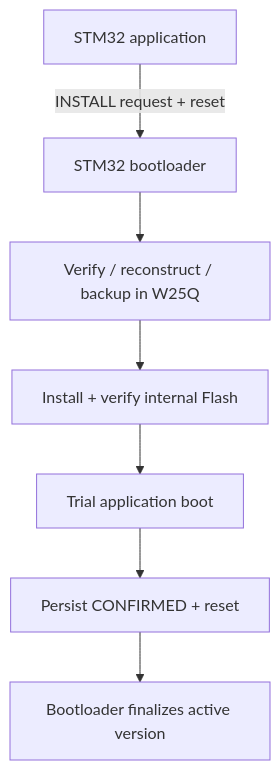
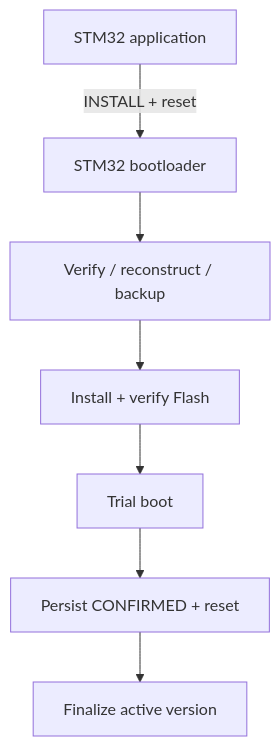
The second of 8 diagrams in README.md (haikevins/secure-delta-ota-bootloader), drawn with Mermaid before and after one commit. The commit also changed other lines of this file and 11 other files, not shown here.

````diff
--- a/README.md
+++ b/README.md
@@ -64,9 +64,9 @@
 ```mermaid
 flowchart TB
-    APP["STM32 application"] -->|"INSTALL request + reset"| BL["STM32 bootloader"]
-    BL --> WORK["Verify / reconstruct / backup in W25Q"]
-    WORK --> INSTALL["Install + verify internal Flash"]
-    INSTALL --> TRIAL["Trial application boot"]
+    APP["STM32 application"] -->|"INSTALL + reset"| BL["STM32 bootloader"]
+    BL --> WORK["Verify / reconstruct / backup"]
+    WORK --> INSTALL["Install + verify Flash"]
+    INSTALL --> TRIAL["Trial boot"]
     TRIAL --> CONFIRM["Persist CONFIRMED + reset"]
-    CONFIRM --> FINAL["Bootloader finalizes active version"]
+    CONFIRM --> FINAL["Finalize active version"]
 ```
````
